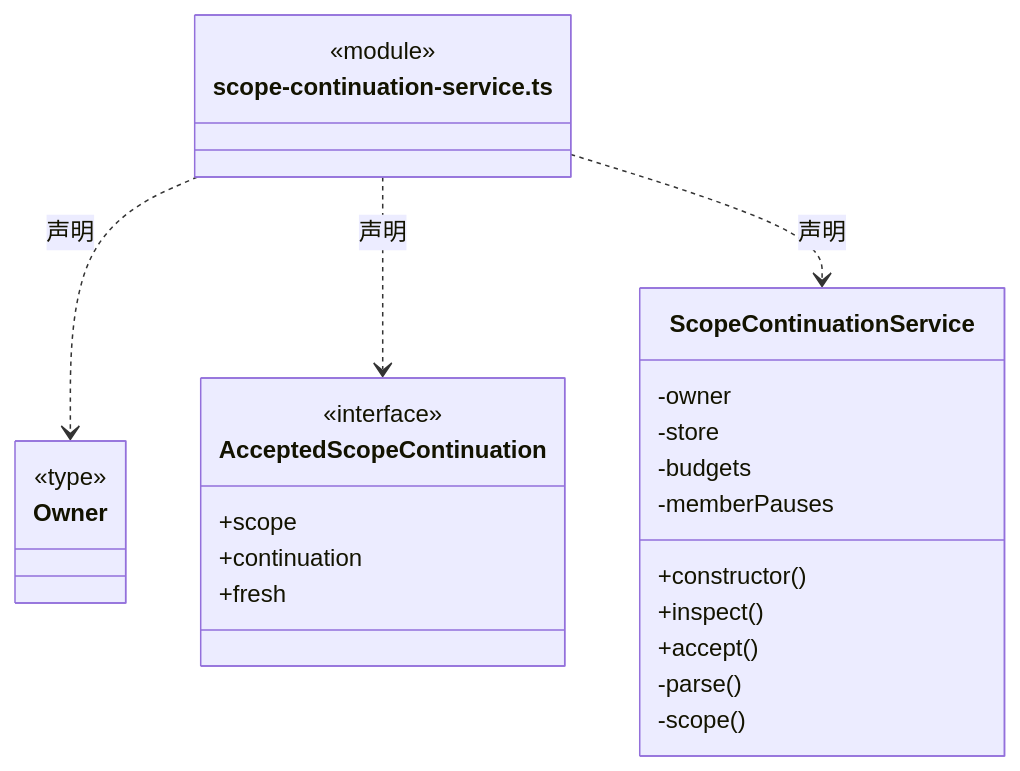
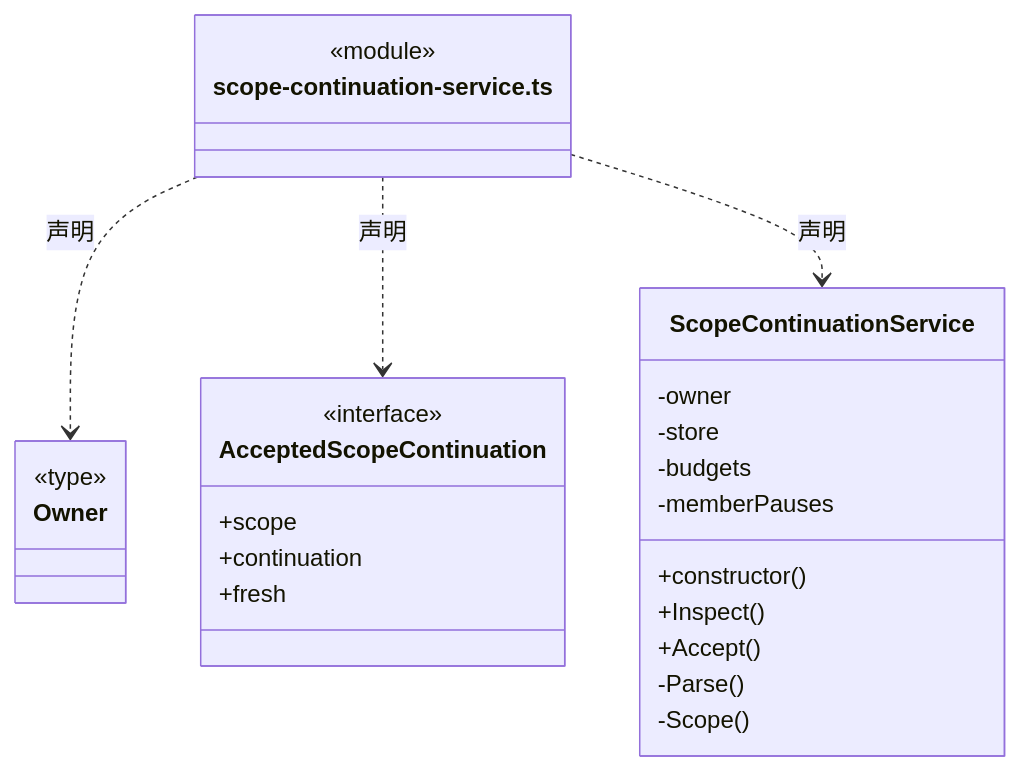
Before and after one commit to nan023062/cbim: the tenth of 25 diagrams in src/logic/tasks/runtime/ARCHITECTURE.md, drawn with Mermaid. The commit also changed other lines of this file and 1035 other files, not shown here.

````diff
--- a/src/logic/tasks/runtime/ARCHITECTURE.md
+++ b/src/logic/tasks/runtime/ARCHITECTURE.md
@@ -224,30 +224,30 @@
 ```mermaid
 classDiagram
 class N_src_logic_tasks_runtime_scope_continuation_service_ts["scope-continuation-service.ts"] {
   <<module>>
 }
 class N_src_logic_tasks_runtime_scope_continuation_service_ts_Owner["Owner"] {
   <<type>>
 
 }
 N_src_logic_tasks_runtime_scope_continuation_service_ts ..> N_src_logic_tasks_runtime_scope_continuation_service_ts_Owner : 声明
 class N_src_logic_tasks_runtime_scope_continuation_service_ts_AcceptedScopeContinuation["AcceptedScopeContinuation"] {
   <<interface>>
   +scope
   +continuation
   +fresh
 }
 N_src_logic_tasks_runtime_scope_continuation_service_ts ..> N_src_logic_tasks_runtime_scope_continuation_service_ts_AcceptedScopeContinuation : 声明
 class N_src_logic_tasks_runtime_scope_continuation_service_ts_ScopeContinuationService["ScopeContinuationService"] {
   +constructor()
-  +inspect()
-  +accept()
+  +Inspect()
+  +Accept()
   -owner
   -store
   -budgets
   -memberPauses
-  -parse()
-  -scope()
+  -Parse()
+  -Scope()
 }
 N_src_logic_tasks_runtime_scope_continuation_service_ts ..> N_src_logic_tasks_runtime_scope_continuation_service_ts_ScopeContinuationService : 声明
 ```
````
